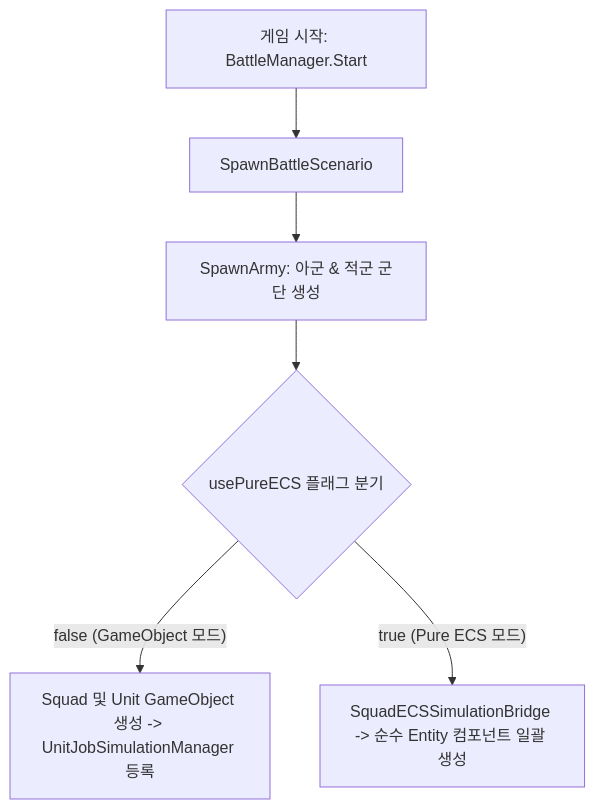
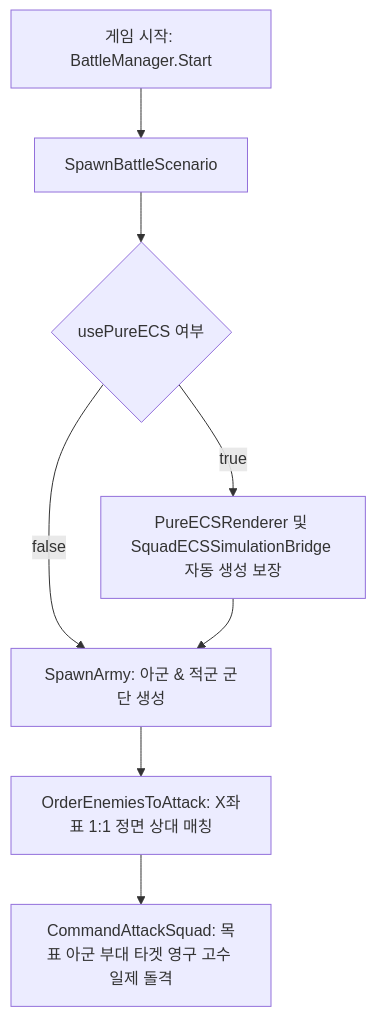
Before and after one commit to rbdud1216-source/MiniTotalWar2D: the diagram in Docs/BattleManager.md, drawn with Mermaid. The commit also changed other lines of this file and 14 other files, not shown here.

````diff
--- a/Docs/BattleManager.md
+++ b/Docs/BattleManager.md
@@ -44,8 +46,10 @@
 ```mermaid
 flowchart TD
     A[게임 시작: BattleManager.Start] --> B[SpawnBattleScenario]
-    B --> C[SpawnArmy: 아군 & 적군 군단 생성]
-    C --> D{usePureECS 플래그 분기}
-    D -- false (GameObject 모드) --> E[Squad 및 Unit GameObject 생성 -> UnitJobSimulationManager 등록]
-    D -- true (Pure ECS 모드) --> F[SquadECSSimulationBridge -> 순수 Entity 컴포넌트 일괄 생성]
+    B --> B1{usePureECS 여부}
+    B1 -- true --> B2[PureECSRenderer 및 SquadECSSimulationBridge 자동 생성 보장]
+    B1 -- false --> C[SpawnArmy: 아군 & 적군 군단 생성]
+    B2 --> C
+    C --> D[OrderEnemiesToAttack: X좌표 1:1 정면 상대 매칭]
+    D --> E[CommandAttackSquad: 목표 아군 부대 타겟 영구 고수 일제 돌격]
 ```
````
